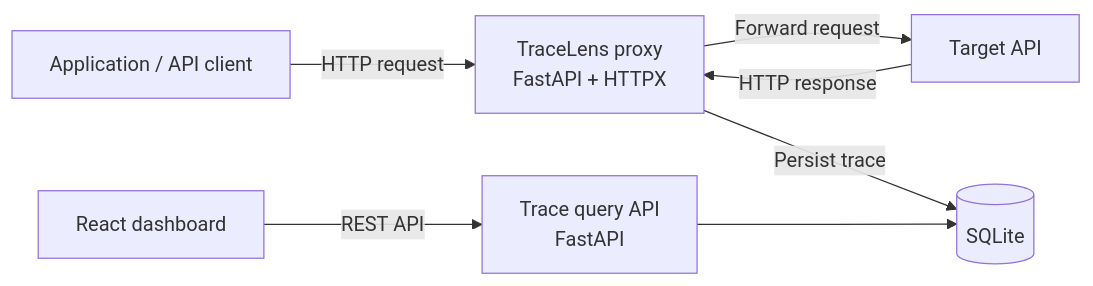
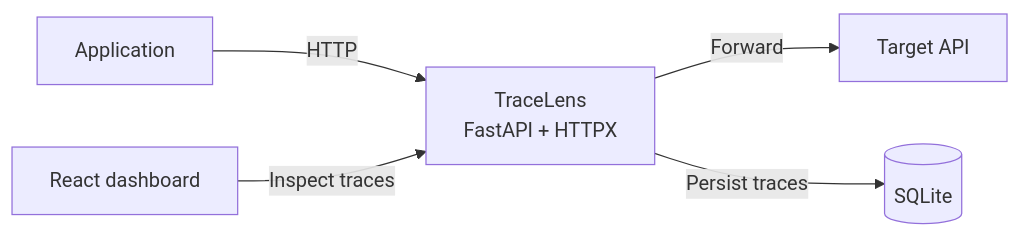
One commit to lnakhul/tracelens changed the diagram in README.md. Above: the diagram before and after it, drawn with Mermaid. The commit also changed other lines of this file and 1 other file, not shown here.

Commit message:
Initial project architecture structure

````diff
--- a/README.md
+++ b/README.md
@@ -31,9 +7,7 @@
 ```mermaid
 flowchart LR
-		Client[Application / API client] -->|HTTP request| Proxy[TraceLens proxy\nFastAPI + HTTPX]
-		Proxy -->|Forward request| Upstream[Target API]
-		Upstream -->|HTTP response| Proxy
-		Proxy -->|Persist trace| Database[(SQLite)]
-		Dashboard[React dashboard] -->|REST API| API[Trace query API\nFastAPI]
-		API --> Database
+    Client[Application] -->|HTTP| Proxy[TraceLens\nFastAPI + HTTPX]
+    Proxy -->|Forward| Upstream[Target API]
+    Proxy -->|Persist traces| Database[(SQLite)]
+    Dashboard[React dashboard] -->|Inspect traces| Proxy
 ```
````
